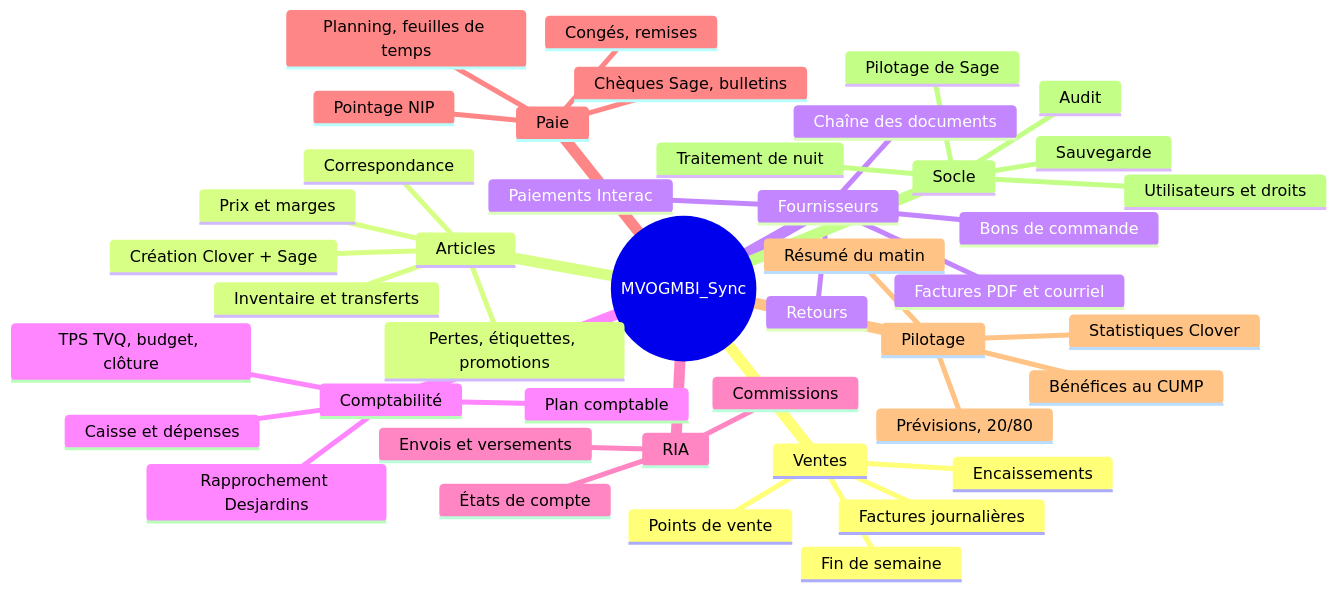
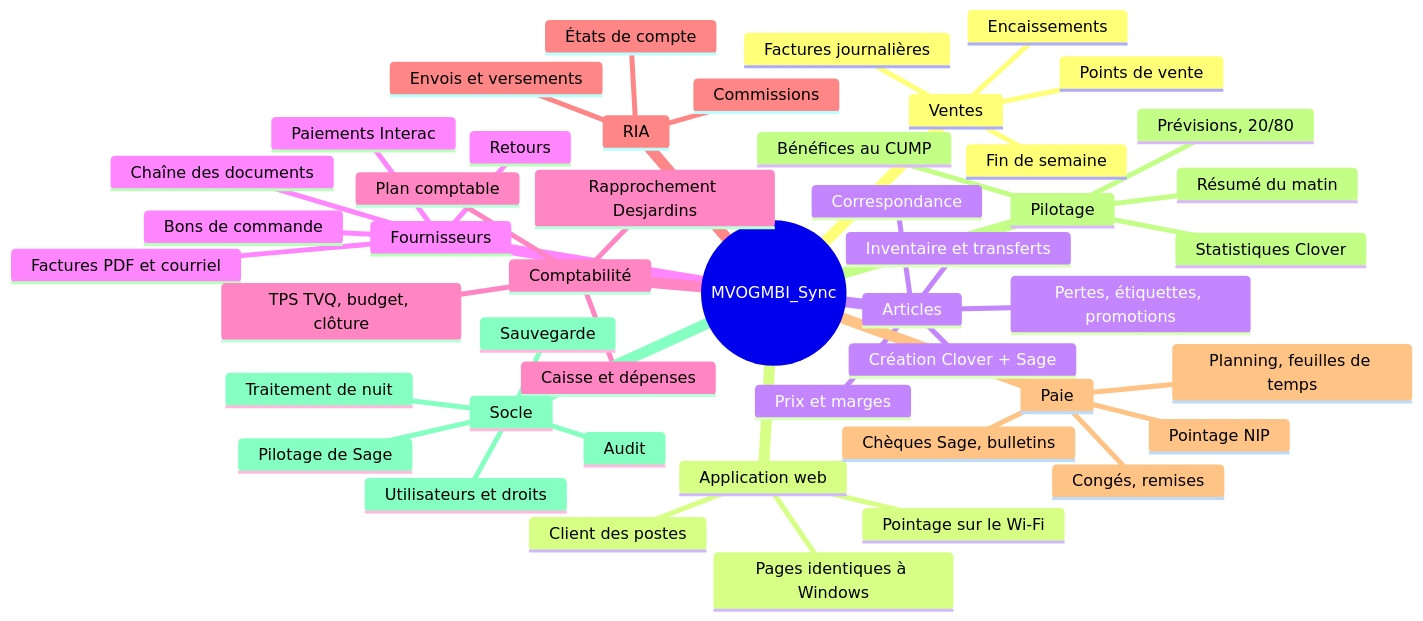
One commit to mteingueng-dot/MVOGMBI_Sync_2026.1 changed the second of 2 diagrams in documentation/PROJET.md. Above: the diagram before and after it, drawn with Mermaid. The commit also changed other lines of this file and 27 other files, not shown here.

````diff
--- a/documentation/PROJET.md
+++ b/documentation/PROJET.md
@@ -58,46 +64,50 @@
 ```mermaid
 mindmap
   root((MVOGMBI_Sync))
     Ventes
       Factures journalières
       Fin de semaine
       Points de vente
       Encaissements
+    Application web
+      Pages identiques à Windows
+      Client des postes
+      Pointage sur le Wi-Fi
     Articles
       Correspondance
       Création Clover + Sage
       Inventaire et transferts
       Pertes, étiquettes, promotions
       Prix et marges
     Fournisseurs
       Factures PDF et courriel
       Bons de commande
       Paiements Interac
       Retours
       Chaîne des documents
     Comptabilité
       Rapprochement Desjardins
       Caisse et dépenses
       TPS TVQ, budget, clôture
       Plan comptable
     RIA
       États de compte
       Envois et versements
       Commissions
     Paie
       Pointage NIP
       Planning, feuilles de temps
       Chèques Sage, bulletins
       Congés, remises
     Pilotage
       Statistiques Clover
       Bénéfices au CUMP
       Prévisions, 20/80
       Résumé du matin
     Socle
       Traitement de nuit
       Pilotage de Sage
       Utilisateurs et droits
       Audit
       Sauvegarde
 ```
````
